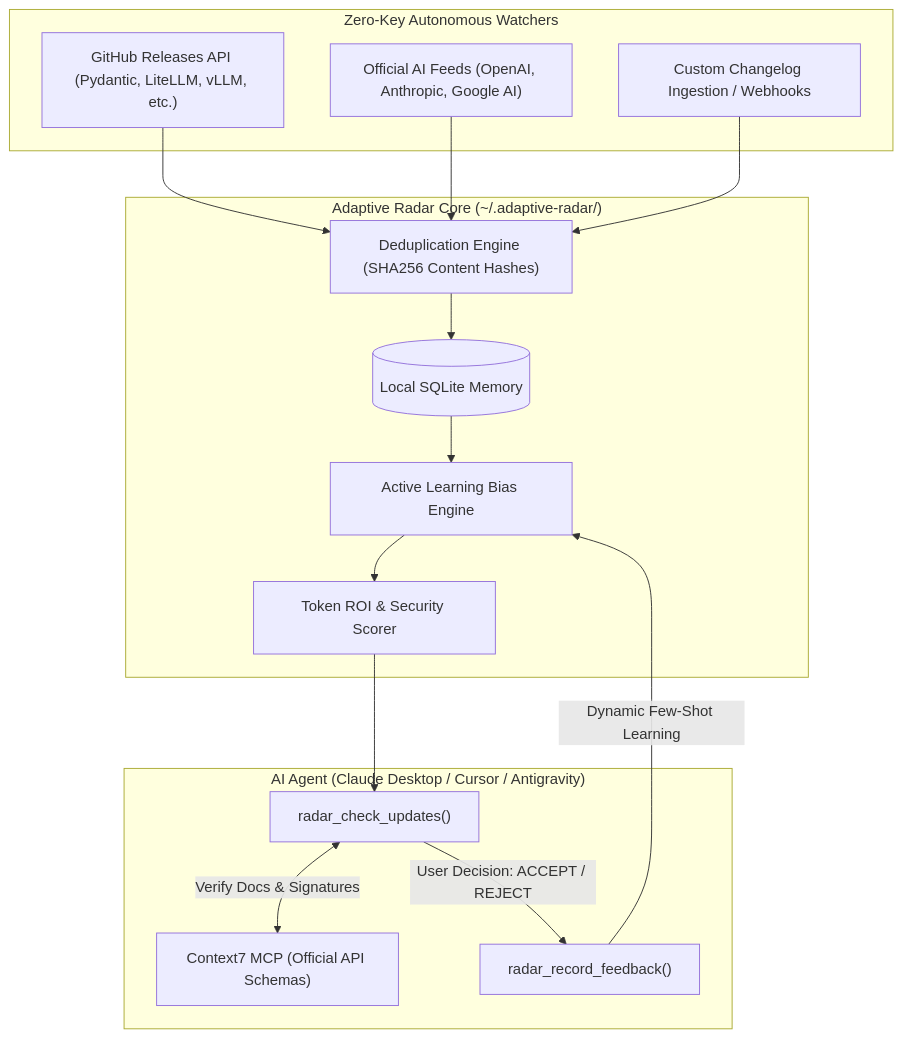
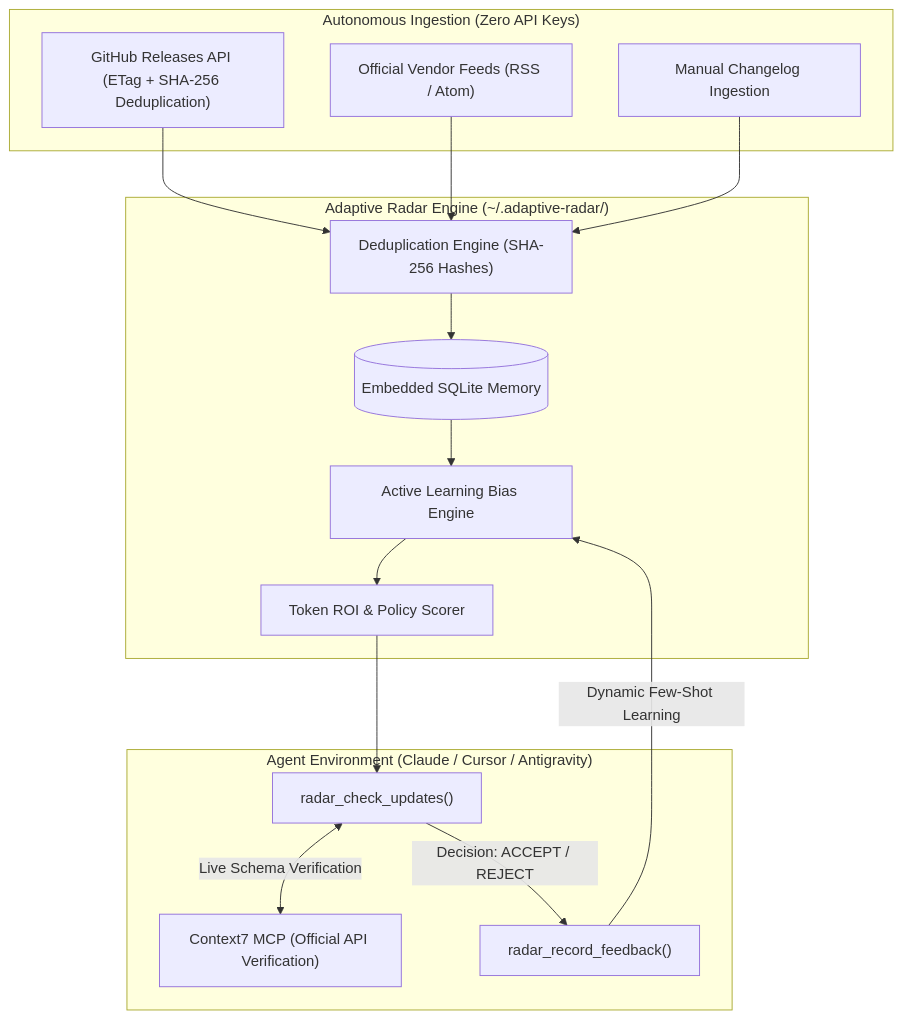
One commit to SerhiiHirus/adaptive-radar-mcp changed the diagram in README.md. Above: the diagram before and after it, drawn with Mermaid. The commit also changed other lines of this file and 1 other file, not shown here.

Commit message:
docs: restructure README and MCP output to professional engineering style

````diff
--- a/README.md
+++ b/README.md
@@ -26,28 +26,28 @@
 ```mermaid
 flowchart TD
-    subgraph "Zero-Key Autonomous Watchers"
-        A1["GitHub Releases API (Pydantic, LiteLLM, vLLM, etc.)"]
-        A2["Official AI Feeds (OpenAI, Anthropic, Google AI)"]
-        A3["Custom Changelog Ingestion / Webhooks"]
+    subgraph Ingestion ["Autonomous Ingestion (Zero API Keys)"]
+        A1["GitHub Releases API (ETag + SHA-256 Deduplication)"]
+        A2["Official Vendor Feeds (RSS / Atom)"]
+        A3["Manual Changelog Ingestion"]
     end
 
-    subgraph "Adaptive Radar Core (~/.adaptive-radar/)"
-        B["Deduplication Engine (SHA256 Content Hashes)"]
-        C[("Local SQLite Memory")]
+    subgraph Core ["Adaptive Radar Engine (~/.adaptive-radar/)"]
+        B["Deduplication Engine (SHA-256 Hashes)"]
+        C[("Embedded SQLite Memory")]
         D["Active Learning Bias Engine"]
-        E["Token ROI & Security Scorer"]
+        E["Token ROI & Policy Scorer"]
     end
 
-    subgraph "AI Agent (Claude Desktop / Cursor / Antigravity)"
+    subgraph Agent ["Agent Environment (Claude / Cursor / Antigravity)"]
         F["radar_check_updates()"]
         G["radar_record_feedback()"]
-        H["Context7 MCP (Official API Schemas)"]
+        H["Context7 MCP (Official API Verification)"]
     end
 
     A1 & A2 & A3 --> B --> C
     C --> D --> E
     E --> F
-    F <-->|Verify Docs & Signatures| H
-    F -->|User Decision: ACCEPT / REJECT| G
+    F <-->|Live Schema Verification| H
+    F -->|Decision: ACCEPT / REJECT| G
     G -->|Dynamic Few-Shot Learning| D
 ```
````
